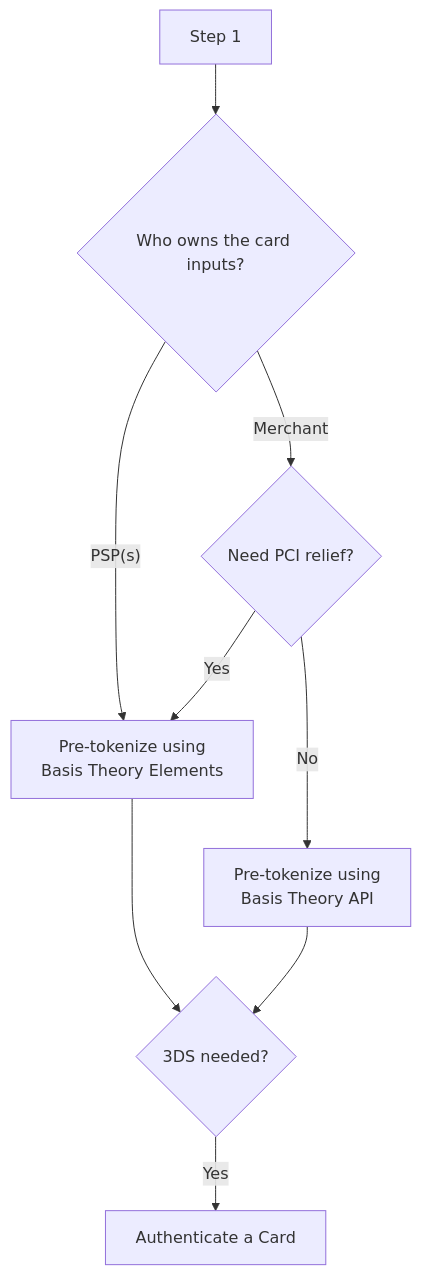
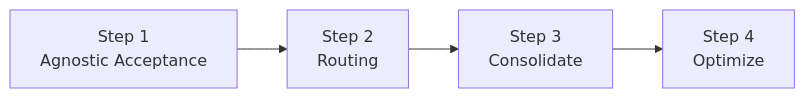
The diagram in docs/payments/online-checkout.mdx (Basis-Theory/developers.basistheory.com), drawn with Mermaid before and after one commit. The commit also changed other lines of this file and 1 other file, not shown here.

Commit message:
wip: sidebar

````diff
--- a/docs/payments/online-checkout.mdx
+++ b/docs/payments/online-checkout.mdx
@@ -31,19 +20,9 @@
 ```mermaid
-flowchart TD
-  id1[Step 1]
-  id2{Who owns the card inputs?}
-  id3{Need PCI relief?}
-  id4[Pre-tokenize using<br>Basis Theory Elements]
-  id5[Pre-tokenize using<br>Basis Theory API]
-  id6{3DS needed?}
-  id7[Authenticate a Card]
+flowchart LR
+  id1[Step 1<br>Agnostic Acceptance]
+  id2[Step 2<br>Routing]
+  id3[Step 3<br>Consolidate]
+  id4[Step 4<br>Optimize]
 
-  id1-->id2
-  id2--Merchant-->id3
-  id2--"PSP(s)"-->id4
-  id3--Noo-->id5
-  id3--Yes-->id4
-  id4-->id6
-  id5-->id6
-  id6--Yes-->id7
+  id1 --> id2 --> id3 --> id4
 ```
````
